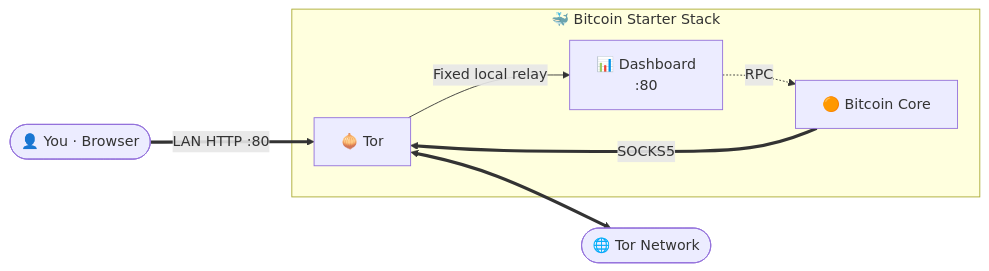
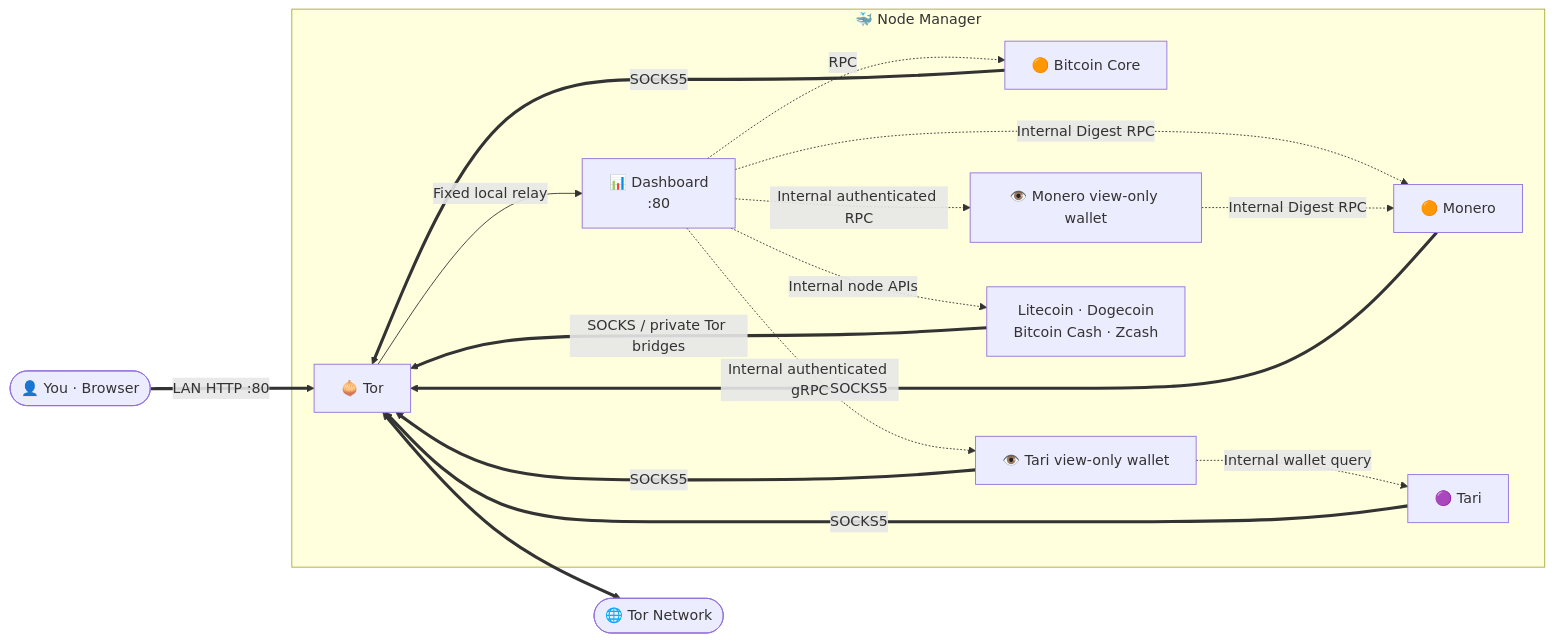
The diagram in README.md (VijitSingh97/bitcoin-starter-stack), drawn with Mermaid before and after one commit. The commit also changed other lines of this file and 204 other files, not shown here.

First line of the commit message:
Add Node Manager with seven Tor-isolated node adapters (#129)

````diff
--- a/README.md
+++ b/README.md
@@ -205,17 +421,32 @@
 ```mermaid
 flowchart LR
     You(["👤 You · Browser"])
     Net(["🌐 Tor Network"])
 
-    subgraph stack ["🐳 Bitcoin Starter Stack"]
+    subgraph stack ["🐳 Node Manager"]
         Dashboard["📊 Dashboard<br/>:80"]
         Bitcoin["🟠 Bitcoin Core"]
+        Monero["🟠 Monero"]
+        MoneroWallet["👁️ Monero view-only wallet"]
+        Tari["🟣 Tari"]
+        TariWallet["👁️ Tari view-only wallet"]
+        OtherNodes["Litecoin · Dogecoin<br/>Bitcoin Cash · Zcash"]
         Tor["🧅 Tor"]
     end
 
     You ==>|LAN HTTP :80| Tor
     Tor -->|Fixed local relay| Dashboard
     Dashboard -.->|RPC| Bitcoin
+    Dashboard -.->|Internal Digest RPC| Monero
+    Dashboard -.->|Internal authenticated RPC| MoneroWallet
+    MoneroWallet -.->|Internal Digest RPC| Monero
+    Dashboard -.->|Internal authenticated gRPC| TariWallet
+    TariWallet -.->|Internal wallet query| Tari
+    Dashboard -.->|Internal node APIs| OtherNodes
     Bitcoin ==>|SOCKS5| Tor
+    Monero ==>|SOCKS5| Tor
+    Tari ==>|SOCKS5| Tor
+    TariWallet ==>|SOCKS5| Tor
+    OtherNodes ==>|SOCKS / private Tor bridges| Tor
     Tor <==> Net
 ```
````
